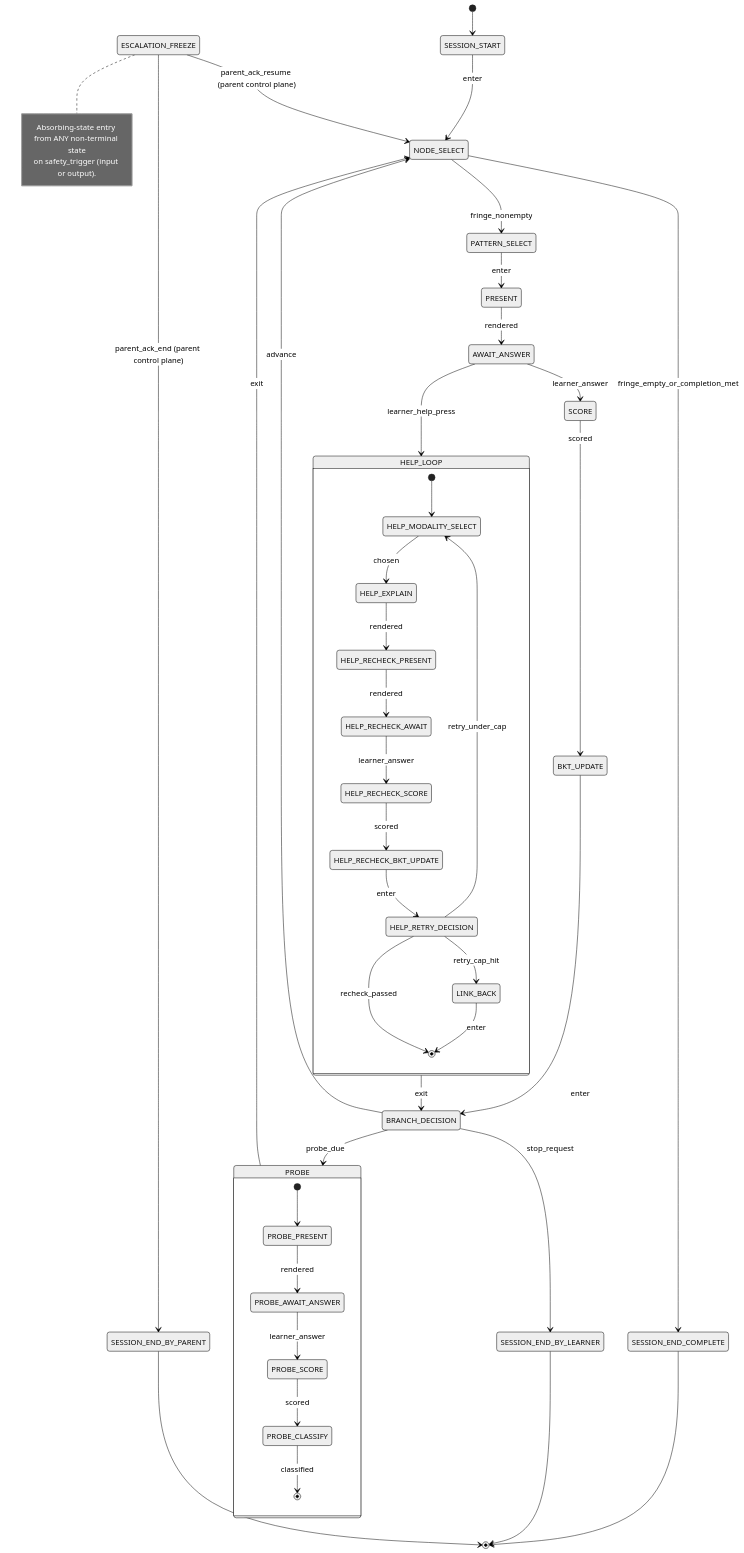
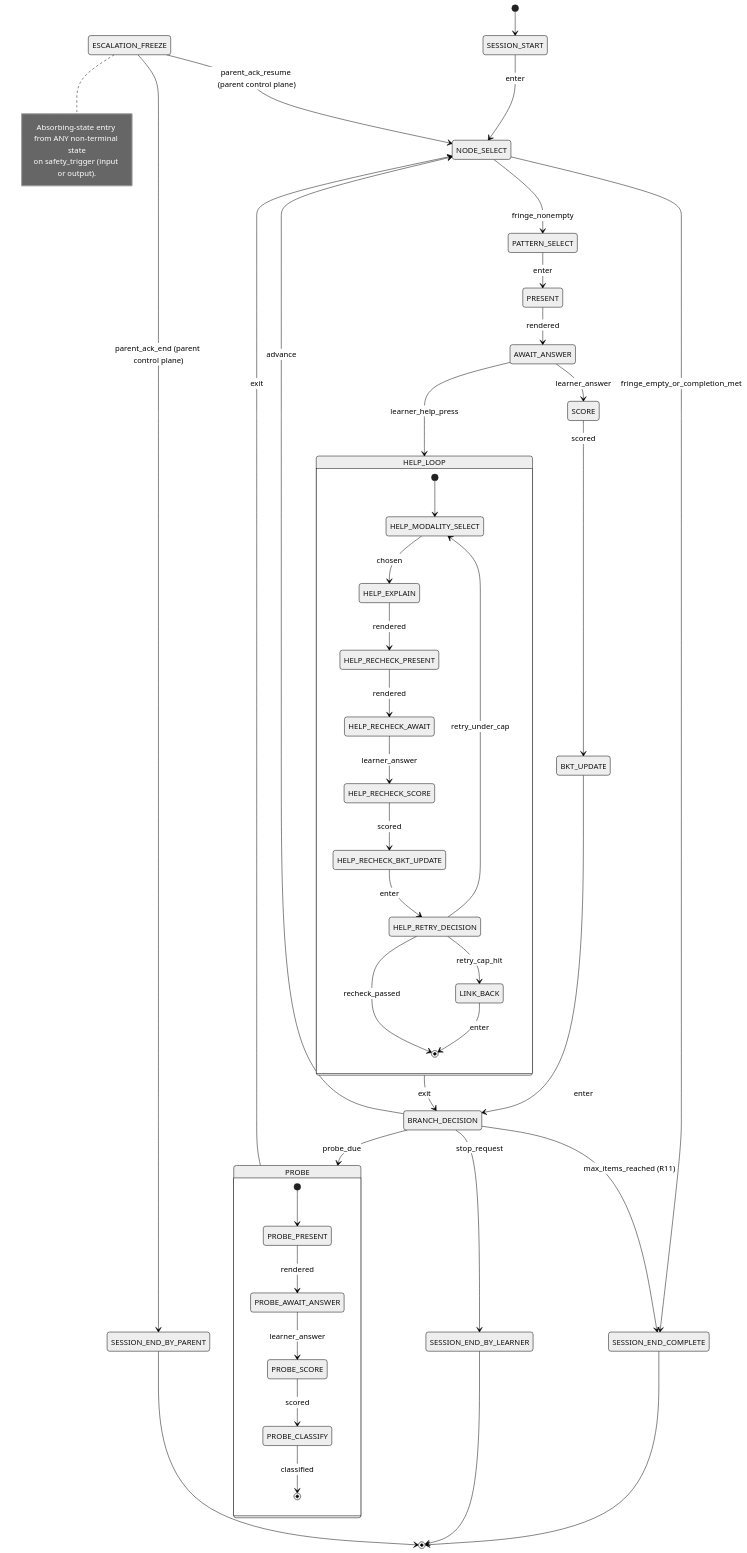
One commit to avps82/mentar changed the diagram in docs/SESSION_FSM.md. Above: the diagram before and after it, drawn with Mermaid (neutral theme). The commit also changed other lines of this file and 8 other files, not shown here.

````diff
--- a/docs/SESSION_FSM.md
+++ b/docs/SESSION_FSM.md
@@ -21,52 +21,53 @@
 ```mermaid
 stateDiagram-v2
     [*] --> SESSION_START
     SESSION_START --> NODE_SELECT: enter
     NODE_SELECT --> PATTERN_SELECT: fringe_nonempty
     NODE_SELECT --> SESSION_END_COMPLETE: fringe_empty_or_completion_met
     PATTERN_SELECT --> PRESENT: enter
     PRESENT --> AWAIT_ANSWER: rendered
     AWAIT_ANSWER --> SCORE: learner_answer
     AWAIT_ANSWER --> HELP_LOOP: learner_help_press
     SCORE --> BKT_UPDATE: scored
     BKT_UPDATE --> BRANCH_DECISION: enter
     BRANCH_DECISION --> NODE_SELECT: advance
     BRANCH_DECISION --> PROBE: probe_due
+    BRANCH_DECISION --> SESSION_END_COMPLETE: max_items_reached (R11)
     BRANCH_DECISION --> SESSION_END_BY_LEARNER: stop_request
 
     state HELP_LOOP {
         [*] --> HELP_MODALITY_SELECT
         HELP_MODALITY_SELECT --> HELP_EXPLAIN: chosen
         HELP_EXPLAIN --> HELP_RECHECK_PRESENT: rendered
         HELP_RECHECK_PRESENT --> HELP_RECHECK_AWAIT: rendered
         HELP_RECHECK_AWAIT --> HELP_RECHECK_SCORE: learner_answer
         HELP_RECHECK_SCORE --> HELP_RECHECK_BKT_UPDATE: scored
         HELP_RECHECK_BKT_UPDATE --> HELP_RETRY_DECISION: enter
         HELP_RETRY_DECISION --> HELP_MODALITY_SELECT: retry_under_cap
         HELP_RETRY_DECISION --> LINK_BACK: retry_cap_hit
         HELP_RETRY_DECISION --> [*]: recheck_passed
         LINK_BACK --> [*]: enter
     }
     HELP_LOOP --> BRANCH_DECISION: exit
 
     state PROBE {
         [*] --> PROBE_PRESENT
         PROBE_PRESENT --> PROBE_AWAIT_ANSWER: rendered
         PROBE_AWAIT_ANSWER --> PROBE_SCORE: learner_answer
         PROBE_SCORE --> PROBE_CLASSIFY: scored
         PROBE_CLASSIFY --> [*]: classified
     }
     PROBE --> NODE_SELECT: exit
 
     ESCALATION_FREEZE --> SESSION_END_BY_PARENT: parent_ack_end (parent control plane)
     ESCALATION_FREEZE --> NODE_SELECT: parent_ack_resume (parent control plane)
 
     SESSION_END_COMPLETE --> [*]
     SESSION_END_BY_LEARNER --> [*]
     SESSION_END_BY_PARENT --> [*]
 
     note right of ESCALATION_FREEZE
       Absorbing-state entry from ANY non-terminal state
       on safety_trigger (input or output).
     end note
 ```
````
